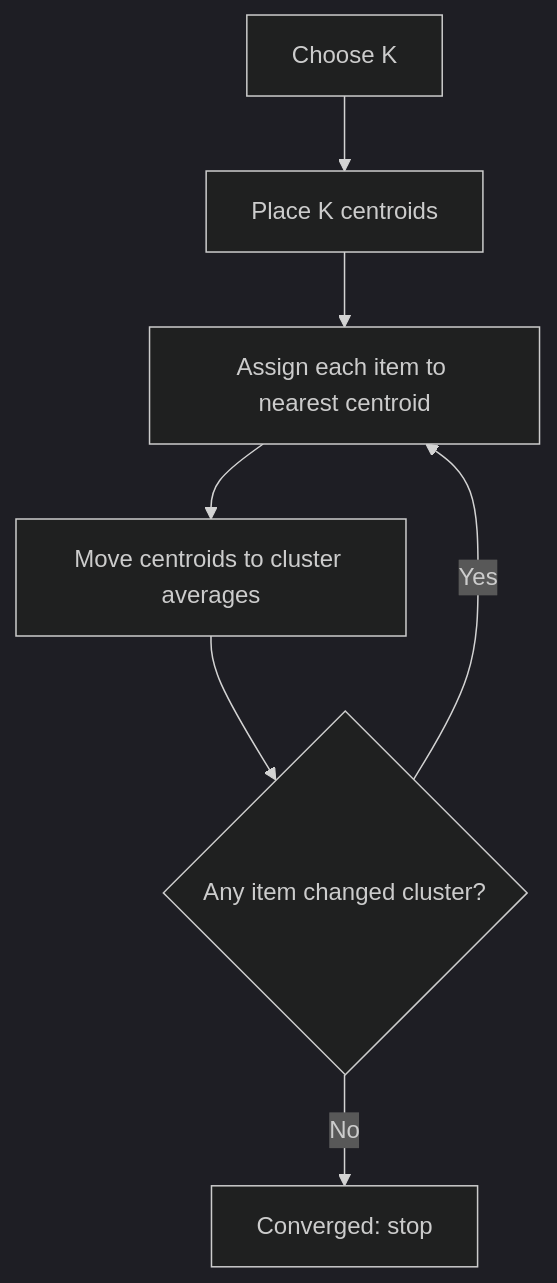
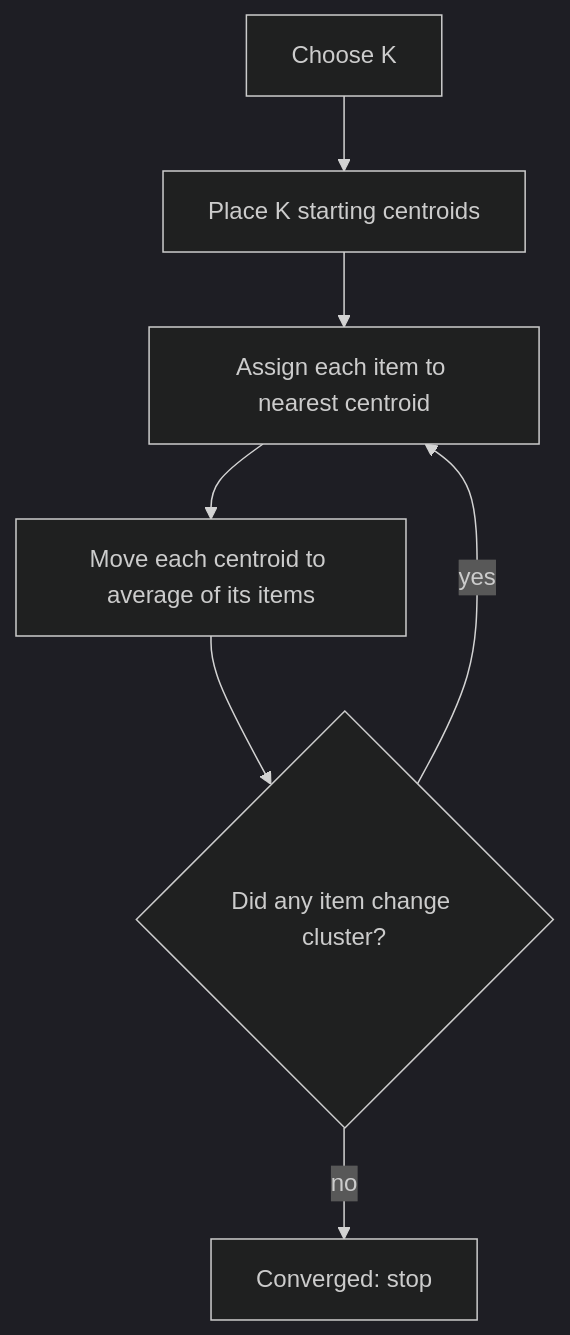
The first of 2 diagrams in notes/step-01-machine-learning-foundations/012-k-means-clustering.md (kaisarnajar/outcome-school-blogs), drawn with Mermaid (dark theme) before and after one commit. The commit also changed other lines of this file and 233 other files, not shown here.

````diff
--- a/notes/step-01-machine-learning-foundations/012-k-means-clustering.md
+++ b/notes/step-01-machine-learning-foundations/012-k-means-clustering.md
@@ -40,9 +61,9 @@
 ```mermaid
 flowchart TD
-    A["Choose K"] --> B["Place K centroids"]
-    B --> C["Assign each item to nearest centroid"]
-    C --> D["Move centroids to cluster averages"]
-    D --> E{"Any item changed cluster?"}
-    E -->|"Yes"| C
-    E -->|"No"| F["Converged: stop"]
+    S1["Choose K"] --> S2["Place K starting centroids"]
+    S2 --> S3["Assign each item to nearest centroid"]
+    S3 --> S4["Move each centroid to average of its items"]
+    S4 --> S5{"Did any item change cluster?"}
+    S5 -->|"yes"| S3
+    S5 -->|"no"| S6["Converged: stop"]
 ```
````
